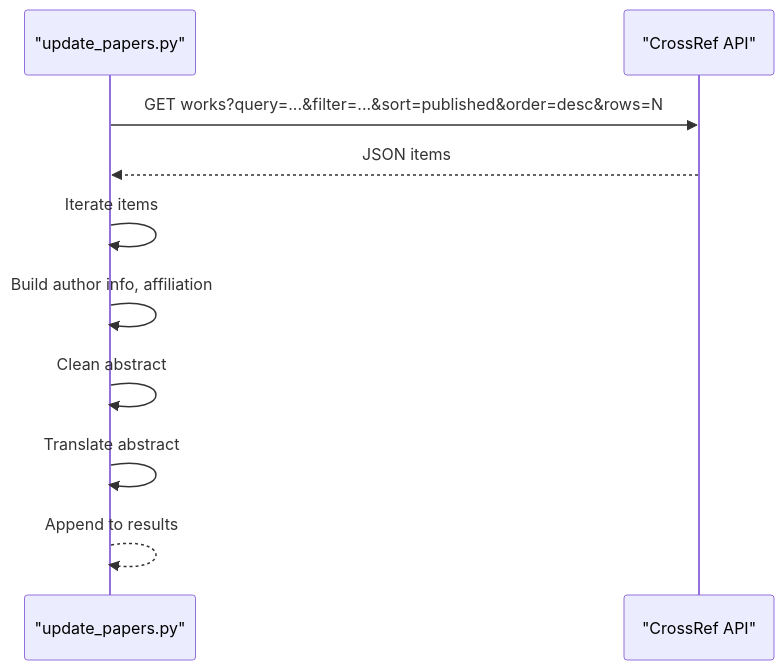
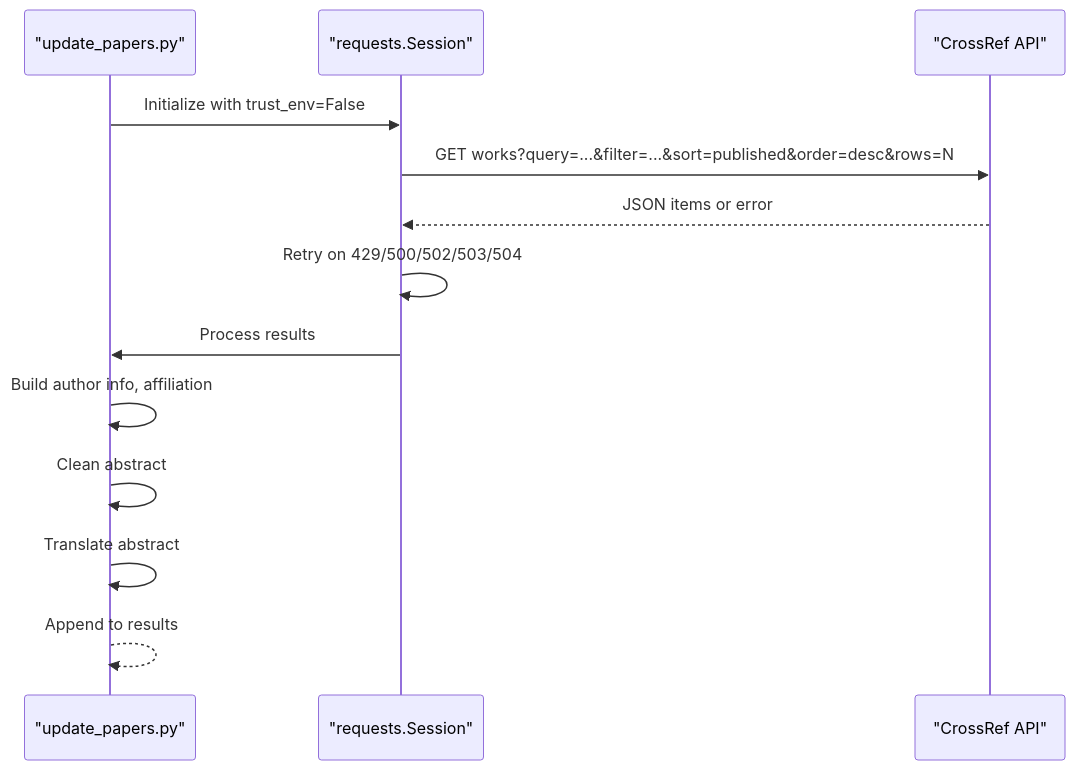
One commit to junxie01/cryoseismology_papers changed the ninth of 15 diagrams in .qoder/repowiki/en/content/Core Components/Paper Collection Engine.md. Above: the diagram before and after it, drawn with Mermaid. The commit also changed other lines of this file and 4 other files, not shown here.

````diff
--- a/.qoder/repowiki/en/content/Core Components/Paper Collection Engine.md
+++ b/.qoder/repowiki/en/content/Core Components/Paper Collection Engine.md
@@ -232,12 +290,15 @@
 ```mermaid
 sequenceDiagram
 participant Script as "update_papers.py"
+participant Session as "requests.Session"
 participant CrossRef as "CrossRef API"
-Script->>CrossRef : GET works?query=...&filter=...&sort=published&order=desc&rows=N
-CrossRef-->>Script : JSON items
-Script->>Script : Iterate items
+Script->>Session : Initialize with trust_env=False
+Session->>CrossRef : GET works?query=...&filter=...&sort=published&order=desc&rows=N
+CrossRef-->>Session : JSON items or error
+Session->>Session : Retry on 429/500/502/503/504
+Session->>Script : Process results
 Script->>Script : Build author info, affiliation
 Script->>Script : Clean abstract
 Script->>Script : Translate abstract
 Script-->>Script : Append to results
 ```
````
